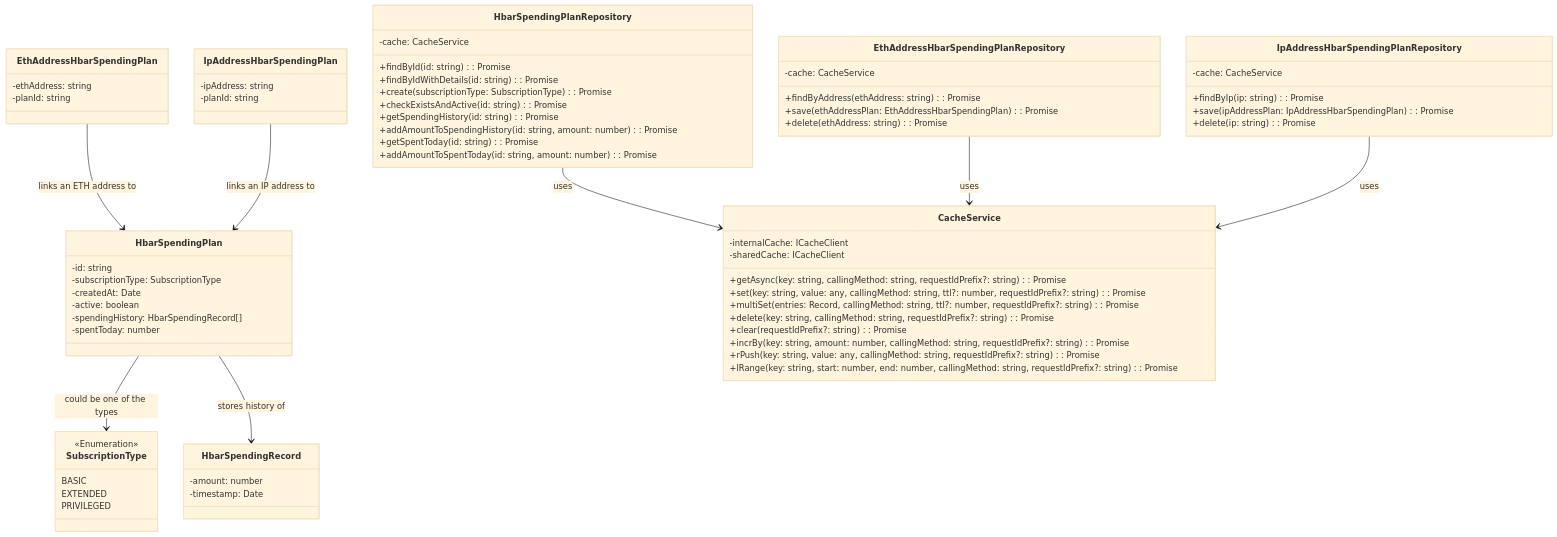
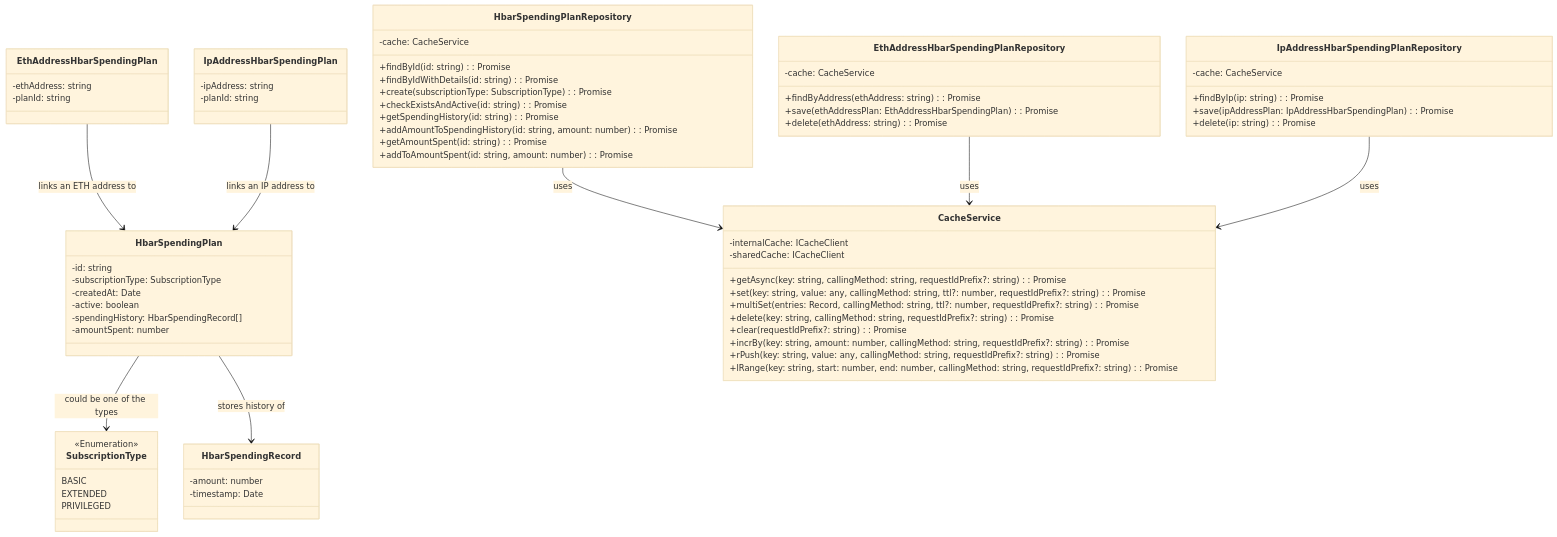
One commit to hashgraph/hedera-json-rpc-relay changed the third of 3 diagrams in docs/design/hbar-limiter.md. Above: the diagram before and after it, drawn with Mermaid (base theme). The commit also changed other lines of this file and 19 other files, not shown here.

````diff
--- a/docs/design/hbar-limiter.md
+++ b/docs/design/hbar-limiter.md
@@ -145,80 +145,80 @@
 ```mermaid
 classDiagram
     class HbarSpendingPlan {
         -id: string
         -subscriptionType: SubscriptionType
         -createdAt: Date
         -active: boolean
         -spendingHistory: HbarSpendingRecord[]
-        -spentToday: number
+        -amountSpent: number
     }
 
     class HbarSpendingRecord {
         -amount: number
         -timestamp: Date
     }
 
     class EthAddressHbarSpendingPlan {
         -ethAddress: string
         -planId: string
     }
 
     class IpAddressHbarSpendingPlan {
         -ipAddress: string
         -planId: string
     }
 
     class CacheService {
         -internalCache: ICacheClient
         -sharedCache: ICacheClient
         +getAsync<T>(key: string, callingMethod: string, requestIdPrefix?: string): Promise<T>
         +set(key: string, value: any, callingMethod: string, ttl?: number, requestIdPrefix?: string): Promise<void>
         +multiSet(entries: Record<string, any>, callingMethod: string, ttl?: number, requestIdPrefix?: string): Promise<void>
         +delete(key: string, callingMethod: string, requestIdPrefix?: string): Promise<void>
         +clear(requestIdPrefix?: string): Promise<void>
         +incrBy(key: string, amount: number, callingMethod: string, requestIdPrefix?: string): Promise<number>
         +rPush(key: string, value: any, callingMethod: string, requestIdPrefix?: string): Promise<number>
         +lRange<T>(key: string, start: number, end: number, callingMethod: string, requestIdPrefix?: string): Promise<T[]>
     }
 
     class HbarSpendingPlanRepository {
         -cache: CacheService
         +findById(id: string): Promise<IHbarSpendingPlan>
         +findByIdWithDetails(id: string): Promise<IDetailedHbarSpendingPlan>
         +create(subscriptionType: SubscriptionType): Promise<IDetailedHbarSpendingPlan>
         +checkExistsAndActive(id: string): Promise<void>
         +getSpendingHistory(id: string): Promise<HbarSpendingRecord[]>
         +addAmountToSpendingHistory(id: string, amount: number): Promise<number>
-        +getSpentToday(id: string): Promise<number>
-        +addAmountToSpentToday(id: string, amount: number): Promise<void>
+        +getAmountSpent(id: string): Promise<number>
+        +addToAmountSpent(id: string, amount: number): Promise<void>
     }
 
     class EthAddressHbarSpendingPlanRepository {
         -cache: CacheService
         +findByAddress(ethAddress: string): Promise<EthAddressHbarSpendingPlan>
         +save(ethAddressPlan: EthAddressHbarSpendingPlan): Promise<void>
         +delete(ethAddress: string): Promise<void>
     }
 
     class IpAddressHbarSpendingPlanRepository {
         -cache: CacheService
         +findByIp(ip: string): Promise<IpAddressHbarSpendingPlan>
         +save(ipAddressPlan: IpAddressHbarSpendingPlan): Promise<void>
         +delete(ip: string): Promise<void>
     }
 
     class SubscriptionType
     <<Enumeration>> SubscriptionType
     SubscriptionType : BASIC
     SubscriptionType : EXTENDED
     SubscriptionType : PRIVILEGED
 
     HbarSpendingPlan --> SubscriptionType : could be one of the types
     HbarSpendingPlan --> HbarSpendingRecord : stores history of
     EthAddressHbarSpendingPlan --> HbarSpendingPlan : links an ETH address to
     IpAddressHbarSpendingPlan --> HbarSpendingPlan : links an IP address to
 
     HbarSpendingPlanRepository --> CacheService : uses
     EthAddressHbarSpendingPlanRepository --> CacheService : uses
     IpAddressHbarSpendingPlanRepository --> CacheService : uses
 ```
````
